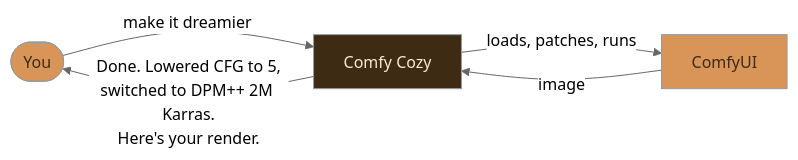
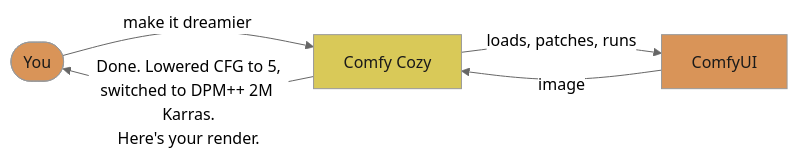
One commit to JosephOIbrahim/Comfy-Cozy changed the first of 25 diagrams in README.md. Above: the diagram before and after it, drawn with Mermaid (neutral theme). The commit also changed other lines of this file, not shown here.

First line of the commit message:
[DOCS] Mermaid palette: two-tone muted orange/yellow with black text

````diff
--- a/README.md
+++ b/README.md
@@ -15,11 +15,11 @@
 ```mermaid
 graph LR
     You([You]) -->|"make it dreamier"| Agent[Comfy Cozy]
     Agent -->|loads, patches, runs| ComfyUI[ComfyUI]
     ComfyUI -->|image| Agent
     Agent -->|"Done. Lowered CFG to 5,<br/>switched to DPM++ 2M Karras.<br/>Here's your render."| You
 
-    style You fill:#d99458,color:#3d2b14
-    style Agent fill:#3d2b14,color:#fde8cf
-    style ComfyUI fill:#d99458,color:#3d2b14
+    style You fill:#d99458,color:#1a1a1a
+    style Agent fill:#d9c958,color:#1a1a1a
+    style ComfyUI fill:#d99458,color:#1a1a1a
 ```
````
